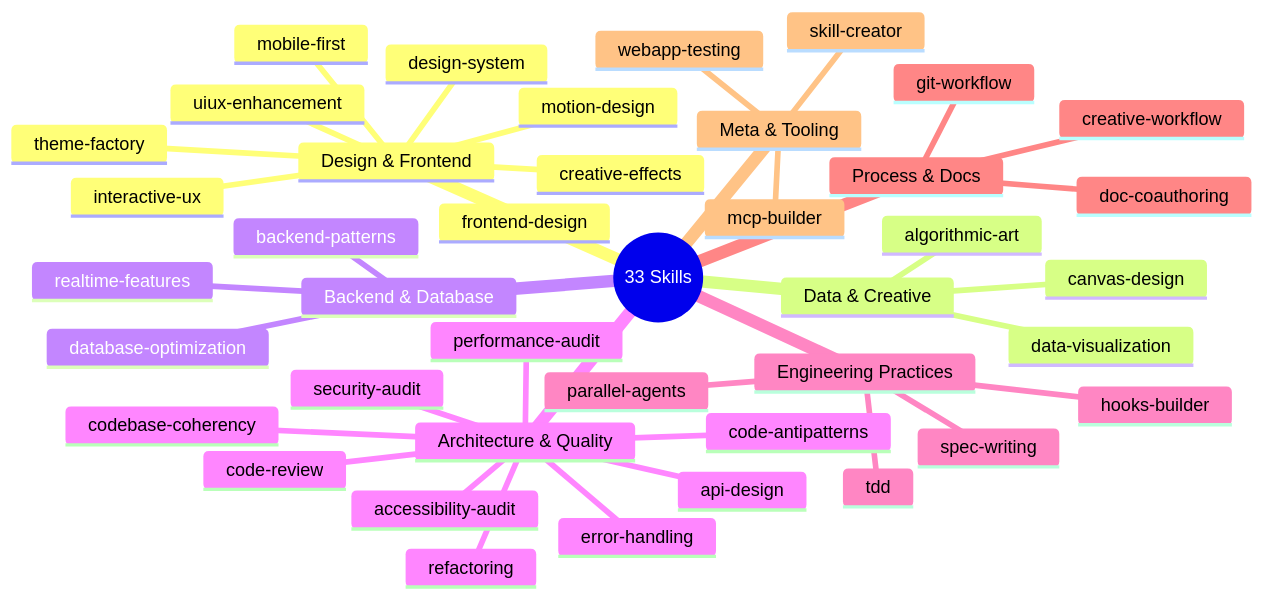
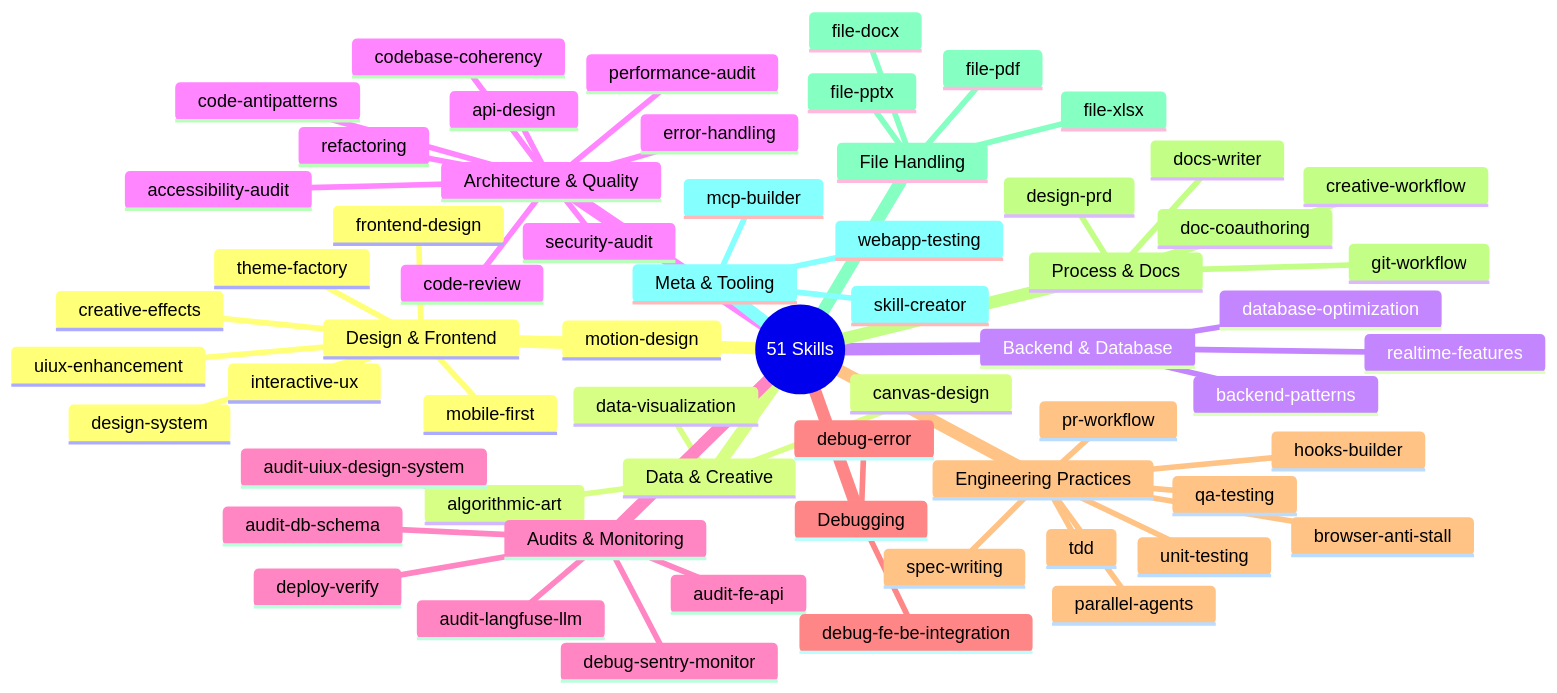
One commit to kensaurus/cursor-kenji changed the fourth of 9 diagrams in README.md. Above: the diagram before and after it, drawn with Mermaid. The commit also changed other lines of this file and 24 other files, not shown here.

````diff
--- a/README.md
+++ b/README.md
@@ -286,44 +311,65 @@
 ```mermaid
 mindmap
-  root((33 Skills))
+  root((51 Skills))
     Design & Frontend
       frontend-design
       design-system
       motion-design
       creative-effects
       uiux-enhancement
       interactive-ux
       mobile-first
       theme-factory
     Data & Creative
       data-visualization
       algorithmic-art
       canvas-design
     Backend & Database
       backend-patterns
       database-optimization
       realtime-features
     Architecture & Quality
       api-design
       error-handling
       code-antipatterns
       code-review
       codebase-coherency
       refactoring
       performance-audit
       security-audit
       accessibility-audit
+    Audits & Monitoring
+      audit-db-schema
+      audit-fe-api
+      audit-langfuse-llm
+      audit-uiux-design-system
+      debug-sentry-monitor
+      deploy-verify
+    Debugging
+      debug-error
+      debug-fe-be-integration
     Engineering Practices
       tdd
       spec-writing
       parallel-agents
       hooks-builder
+      unit-testing
+      qa-testing
+      pr-workflow
+      browser-anti-stall
     Process & Docs
       git-workflow
       doc-coauthoring
+      docs-writer
+      design-prd
       creative-workflow
+    File Handling
+      file-docx
+      file-pdf
+      file-pptx
+      file-xlsx
     Meta & Tooling
       skill-creator
       mcp-builder
       webapp-testing
 ```
````
